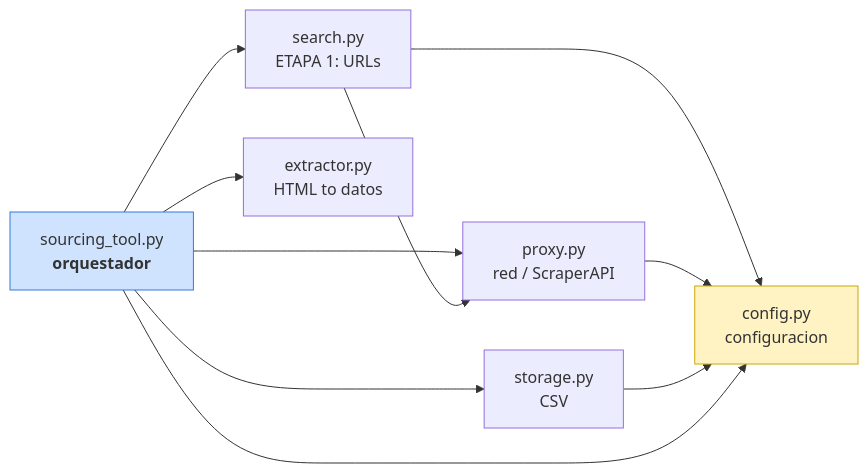
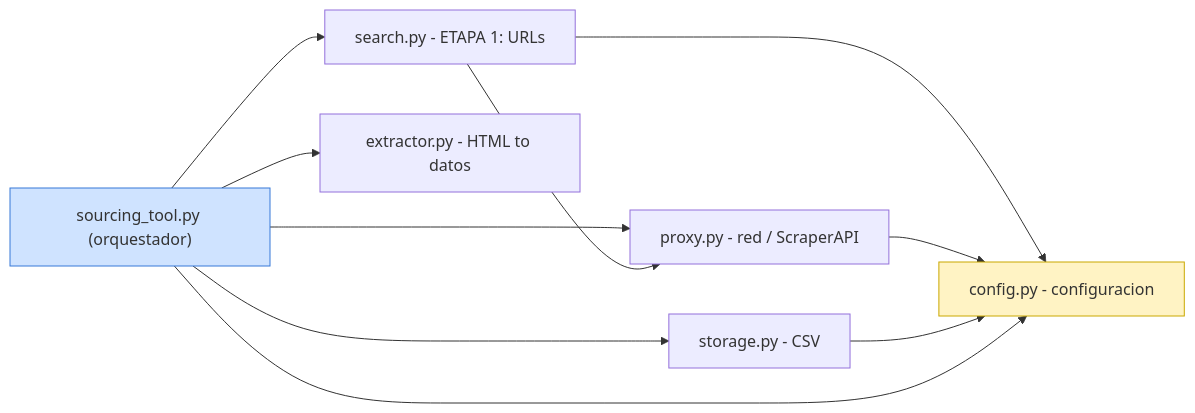
The second of 2 diagrams in DIAGRAMA.md (oldemar-m99/alibaba_Scrapper), drawn with Mermaid before and after one commit. The commit also changed other lines of this file and 1 other file, not shown here.

First line of the commit message:
Diagramas Mermaid compatibles con el render de GitHub

````diff
--- a/DIAGRAMA.md
+++ b/DIAGRAMA.md
@@ -42,22 +65,22 @@
 ```mermaid
 flowchart LR
-    MAIN[sourcing_tool.py<br/><b>orquestador</b>]
-    CFG[config.py<br/>configuracion]
-    PRX[proxy.py<br/>red / ScraperAPI]
-    SRCH[search.py<br/>ETAPA 1: URLs]
-    EXT[extractor.py<br/>HTML to datos]
-    STO[storage.py<br/>CSV]
+    MAIN["sourcing_tool.py (orquestador)"]
+    CFG["config.py - configuracion"]
+    PRX["proxy.py - red / ScraperAPI"]
+    SRCH["search.py - ETAPA 1: URLs"]
+    EXT["extractor.py - HTML to datos"]
+    STO["storage.py - CSV"]
 
     MAIN --> SRCH
     MAIN --> EXT
     MAIN --> STO
     MAIN --> PRX
     SRCH --> PRX
     SRCH --> CFG
     PRX --> CFG
     STO --> CFG
     MAIN --> CFG
 
     style CFG fill:#fff3c4,stroke:#caa800
     style MAIN fill:#cfe3ff,stroke:#3678d8
 ```
````
